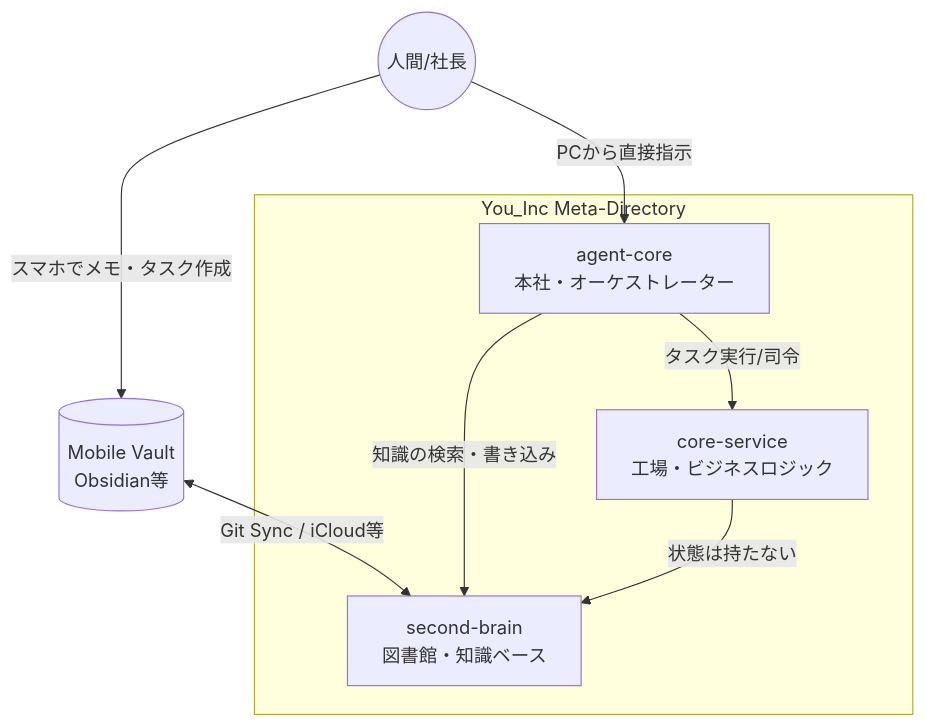
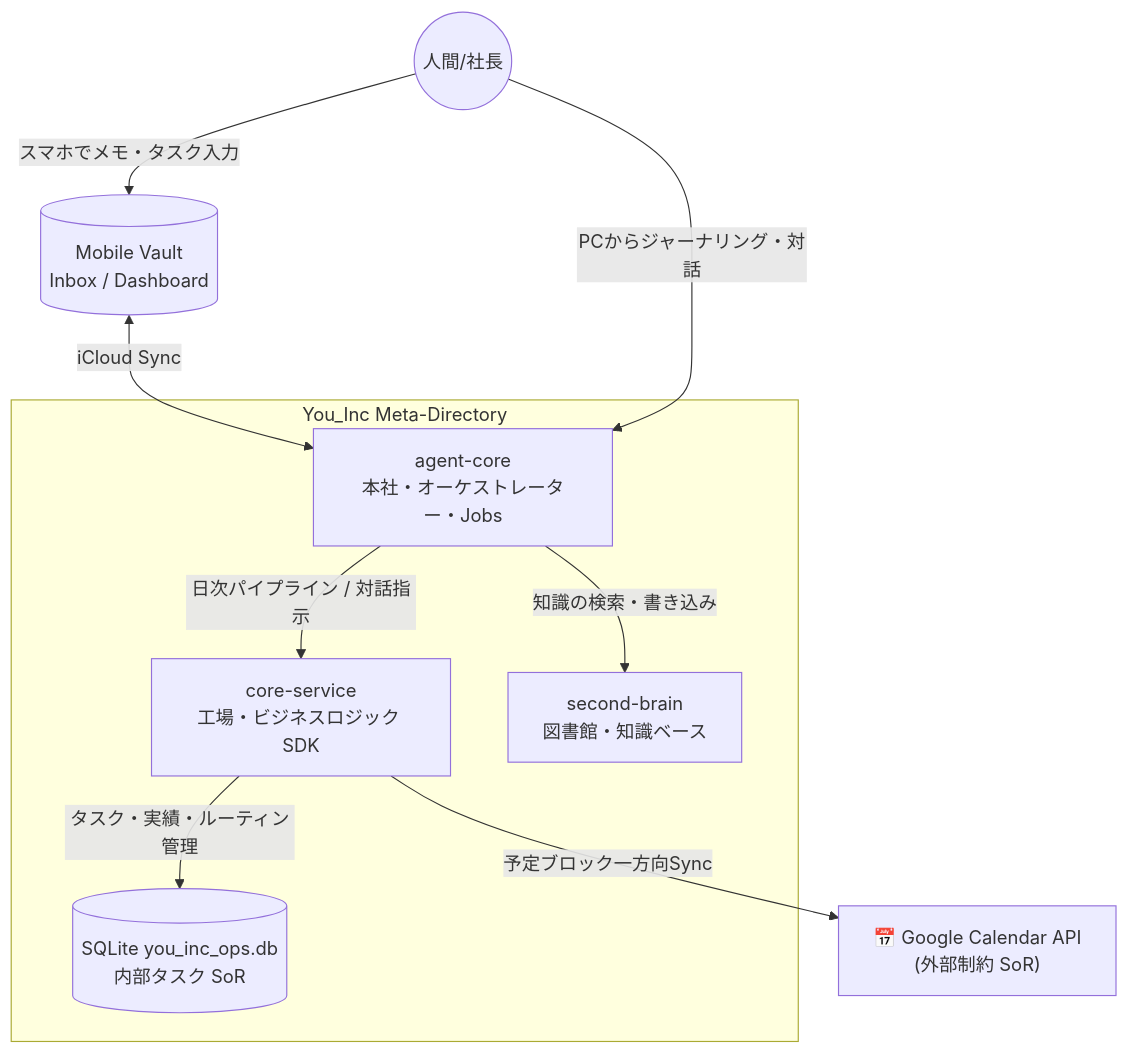
One commit to shoheiHasegawa/agent-core changed the diagram in docs/architecture/system_overview.md. Above: the diagram before and after it, drawn with Mermaid. The commit also changed other lines of this file and 3 other files, not shown here.

Commit message:
docs(architecture): integrate secretary paradigm, SoR separation, and add jobs runbook

````diff
--- a/docs/architecture/system_overview.md
+++ b/docs/architecture/system_overview.md
@@ -8,19 +8,22 @@
 ```mermaid
 graph TD
     User((人間/社長))
-    MobileVault[(Mobile Vault\nObsidian等)]
+    MobileVault[(Mobile Vault\nInbox / Dashboard)]
+    GCal["📅 Google Calendar API\n(外部制約 SoR)"]
     
     subgraph You_Inc [You_Inc Meta-Directory]
-        AgentCore[agent-core\n本社・オーケストレーター]
-        CoreService[core-service\n工場・ビジネスロジック]
+        AgentCore[agent-core\n本社・オーケストレーター・Jobs]
+        CoreService[core-service\n工場・ビジネスロジック SDK]
         SecondBrain[second-brain\n図書館・知識ベース]
+        DB[(SQLite you_inc_ops.db\n内部タスク SoR)]
     end
     
-    User -->|スマホでメモ・タスク作成| MobileVault
-    MobileVault <-->|Git Sync / iCloud等| SecondBrain
-    User -->|PCから直接指示| AgentCore
+    User -->|スマホでメモ・タスク入力| MobileVault
+    MobileVault <-->|iCloud Sync| AgentCore
+    User -->|PCからジャーナリング・対話| AgentCore
     
-    AgentCore -->|タスク実行/司令| CoreService
+    AgentCore -->|日次パイプライン / 対話指示| CoreService
+    CoreService -->|タスク・実績・ルーティン管理| DB
     AgentCore -->|知識の検索・書き込み| SecondBrain
-    CoreService -->|状態は持たない| SecondBrain
+    CoreService -->|予定ブロック一方向Sync| GCal
 ```
````
